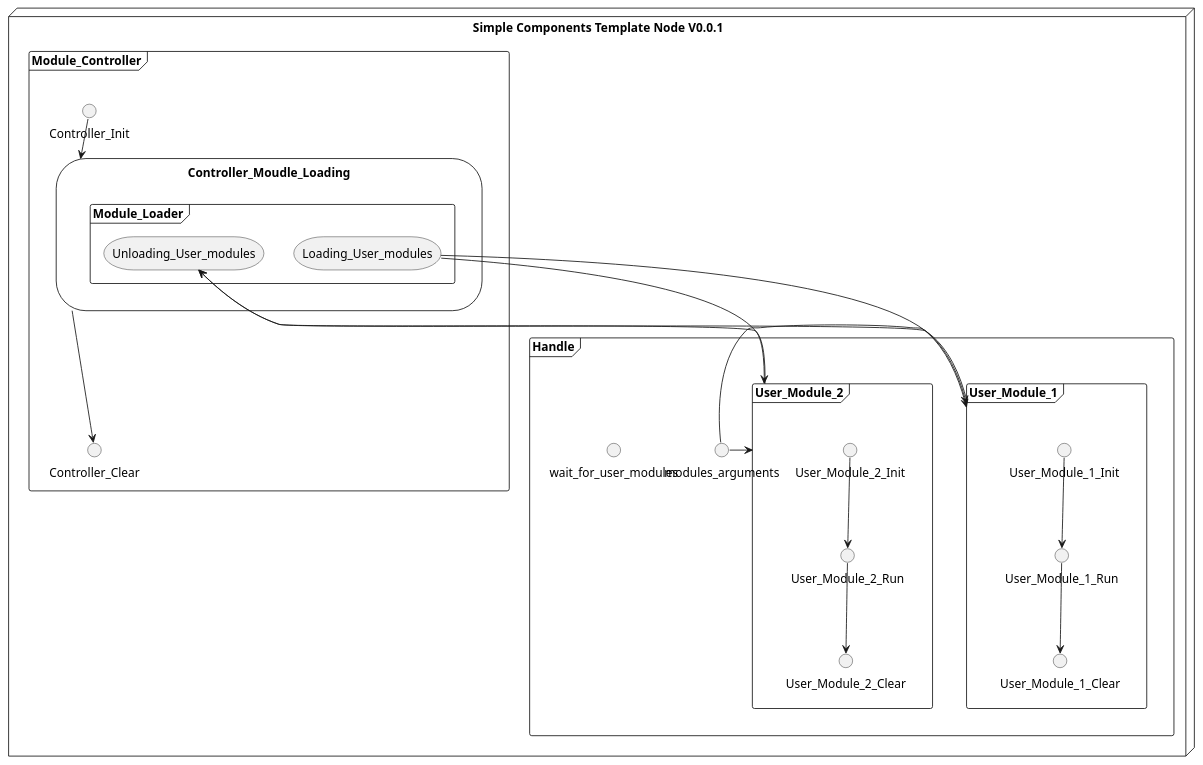
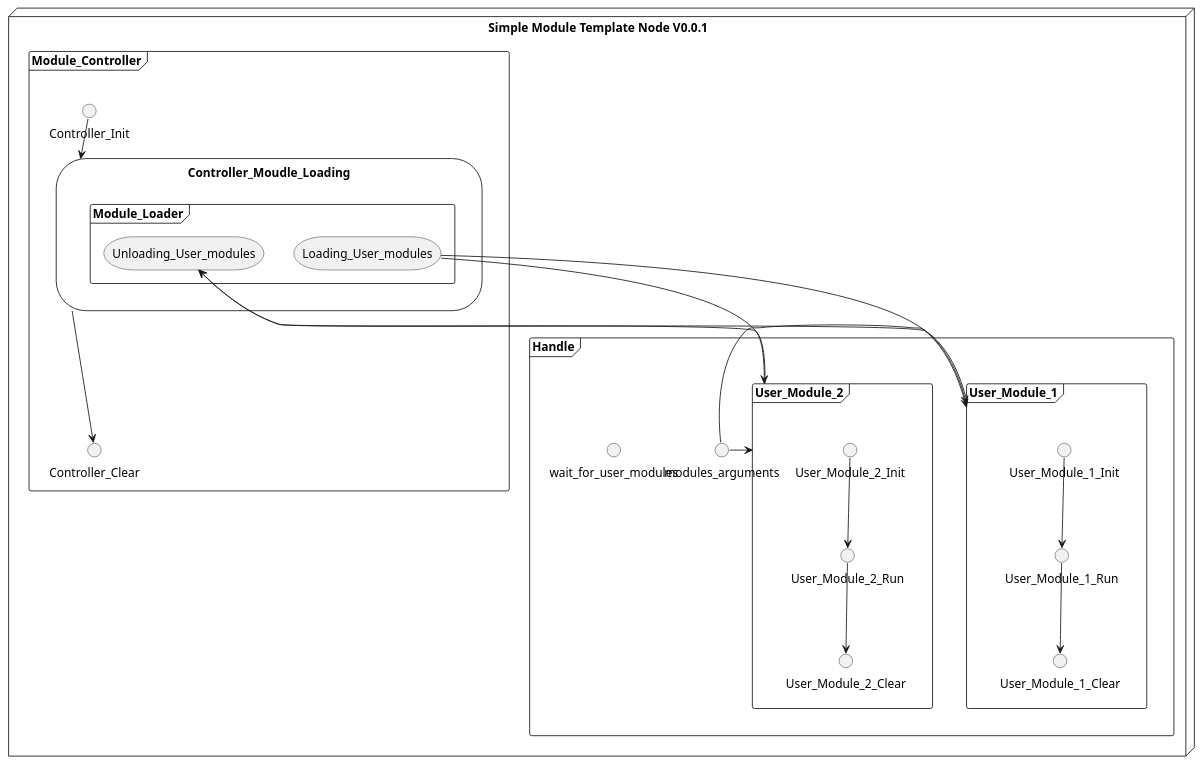
Before and after one commit to ISSuh/SimpleComponentTemplate: the diagram in doc/UML/overview_v0.0.1.plantuml, drawn with PlantUML. The commit also changed 6 other files, not shown here.

```diff
--- a/doc/UML/overview_v0.0.1.plantuml
+++ b/doc/UML/overview_v0.0.1.plantuml
@@ -1,46 +1,46 @@
 @startuml Overview v0.0.1
 
-node "Simple Components Template Node V0.0.1"{
+node "Simple Module Template Node V0.0.1"{
     frame "Handle" {
         modules_arguments -right-> User_Module_1
         modules_arguments -right-> User_Module_2
 
         interface wait_for_user_modules
     }
 
     frame "Module_Controller" {
 
         Controller_Init -down-> Controller_Moudle_Loading
 
         storage "Controller_Moudle_Loading"{
             
             frame "Module_Loader" {
 
                 storage "Loading_User_modules"
                 storage "Unloading_User_modules"
 
                 Loading_User_modules -down-> User_Module_1  
                 Loading_User_modules -down-> User_Module_2  
 
                 frame "User_Module_1" {
                     User_Module_1_Init -down-> User_Module_1_Run
                     User_Module_1_Run -down-> User_Module_1_Clear
                 }
 
                 frame "User_Module_2" {
                     User_Module_2_Init -down-> User_Module_2_Run
                     User_Module_2_Run -down-> User_Module_2_Clear
                 }
           
                 User_Module_1 -down-> Unloading_User_modules  
                 User_Module_2 -down-> Unloading_User_modules  
 
             }
         }
 
         Controller_Moudle_Loading -down-> Controller_Clear
 
     }
 }
 
 @enduml
```
